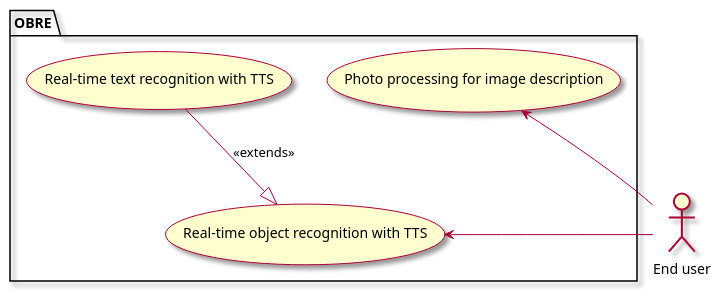
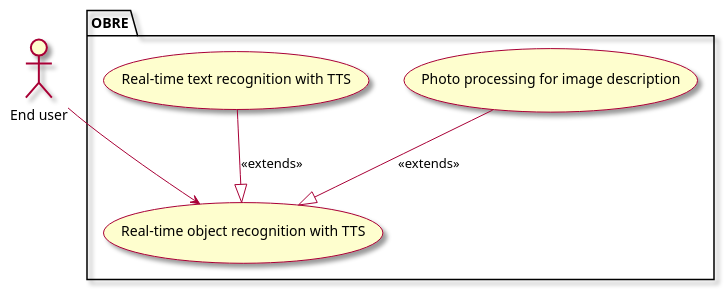
The diagram in intellij/doc/vision.md (tonyh1306/OBRE-Vision-through-a-screen), drawn with PlantUML before and after one commit. The commit also changed other lines of this file and 5 other files, not shown here.

````diff
--- a/intellij/doc/vision.md
+++ b/intellij/doc/vision.md
@@ -29,20 +30,20 @@
 ```plantuml
 @startuml
 skin rose
 
 ' human actors
 actor "End user" as user
 
 ' list all use cases in package
 package OBRE {
     usecase "Real-time object recognition with TTS" as obre
     usecase "Photo processing for image description" as describe 
     usecase "Real-time text recognition with TTS" as videotext
 }
 
 ' list relationships between actors and use cases
 user --> obre
 videotext --|> obre : <<extends>>
-describe <-- user
+describe --|> obre : <<extends>>
 @enduml
 ```
````
